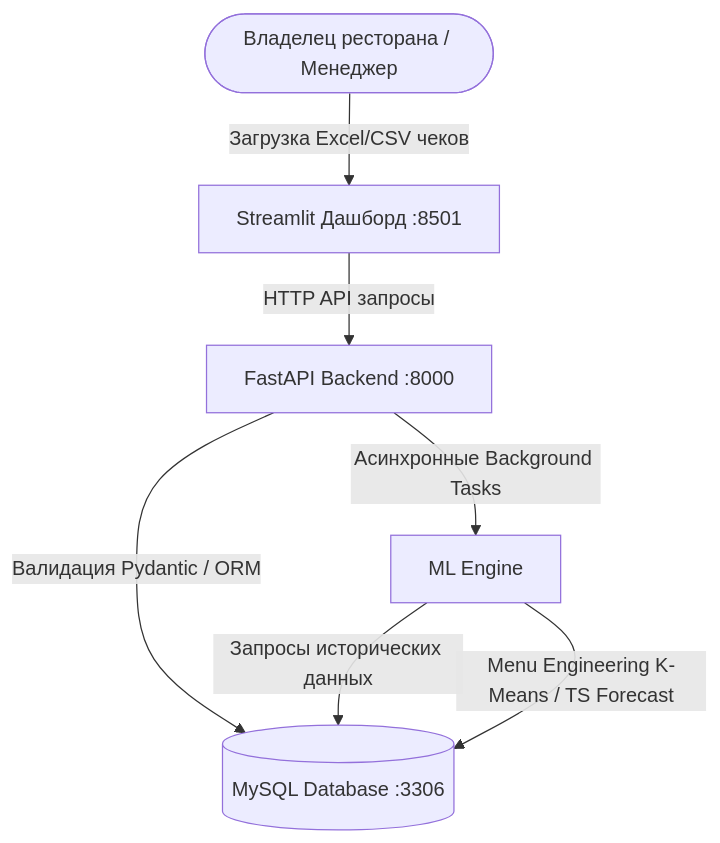
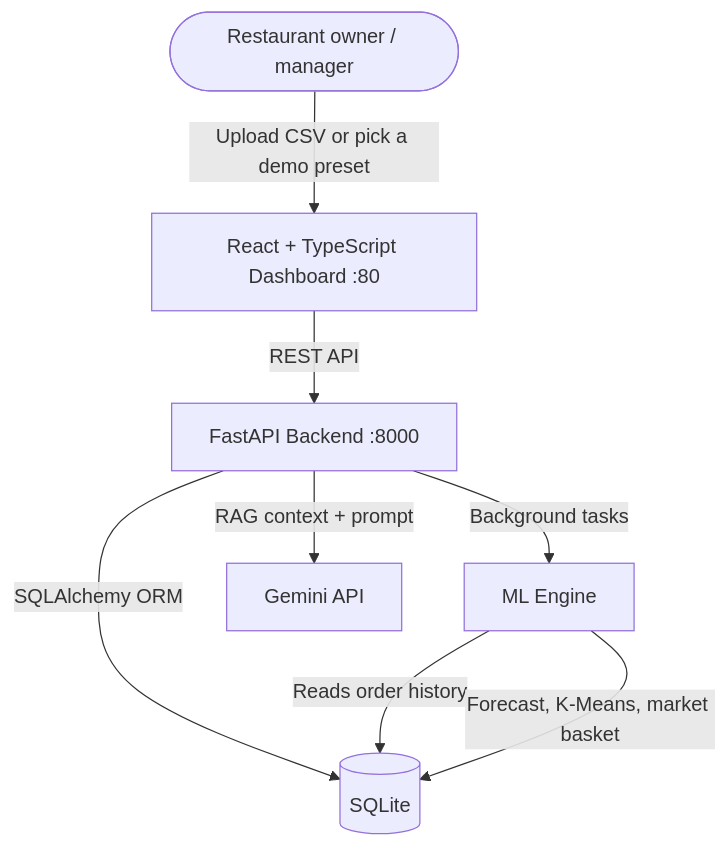
One commit to slvtveter/GastroSense changed the diagram in README.md. Above: the diagram before and after it, drawn with Mermaid. The commit also changed other lines of this file and 15 other files, not shown here.

````diff
--- a/README.md
+++ b/README.md
@@ -11,9 +42,10 @@
 ```mermaid
 graph TD
-    User([Владелец ресторана / Менеджер]) -->|Загрузка Excel/CSV чеков| FE[Streamlit Дашборд :8501]
-    FE -->|HTTP API запросы| BE[FastAPI Backend :8000]
-    BE -->|Валидация Pydantic / ORM| DB[(MySQL Database :3306)]
-    BE -->|Асинхронные Background Tasks| ML[ML Engine]
-    ML -->|Запросы исторических данных| DB
-    ML -->|Menu Engineering K-Means / TS Forecast| DB
+    User([Restaurant owner / manager]) -->|Upload CSV or pick a demo preset| FE[React + TypeScript Dashboard :80]
+    FE -->|REST API| BE[FastAPI Backend :8000]
+    BE -->|SQLAlchemy ORM| DB[(SQLite)]
+    BE -->|Background tasks| ML[ML Engine]
+    ML -->|Reads order history| DB
+    ML -->|Forecast, K-Means, market basket| DB
+    BE -->|RAG context + prompt| AI[Gemini API]
 ```
````
